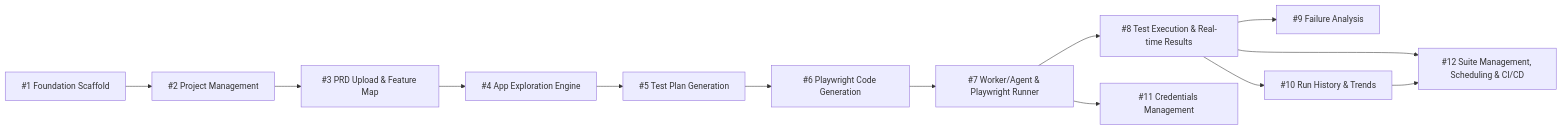
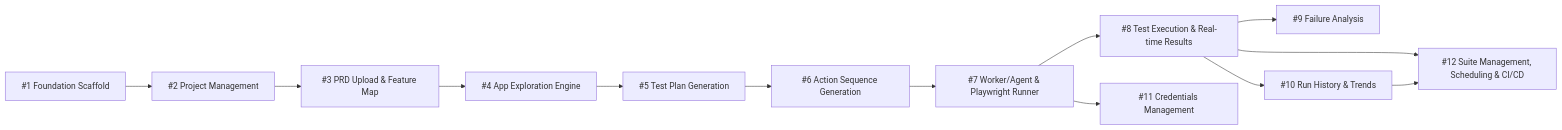
One commit to ronkristoff/msitest changed the diagram in docs/issues/README.md. Above: the diagram before and after it, drawn with Mermaid. The commit also changed other lines of this file and 9 other files, not shown here.

First line of the commit message:
docs: align PRD, PLAN, ARCHITECTURE, schema, and issues 3-6 with grilling decisions

````diff
--- a/docs/issues/README.md
+++ b/docs/issues/README.md
@@ -7,15 +7,15 @@
 ```mermaid
 flowchart LR
   i1[#1 Foundation Scaffold] --> i2[#2 Project Management]
   i2 --> i3[#3 PRD Upload & Feature Map]
   i3 --> i4[#4 App Exploration Engine]
   i4 --> i5[#5 Test Plan Generation]
-  i5 --> i6[#6 Playwright Code Generation]
+  i5 -->   i6[#6 Action Sequence Generation]
   i6 --> i7[#7 Worker/Agent & Playwright Runner]
   i7 --> i8[#8 Test Execution & Real-time Results]
   i8 --> i9[#9 Failure Analysis]
   i8 --> i10[#10 Run History & Trends]
   i8 --> i12[#12 Suite Management, Scheduling & CI/CD]
   i7 --> i11[#11 Credentials Management]
   i10 --> i12
 ```
````
